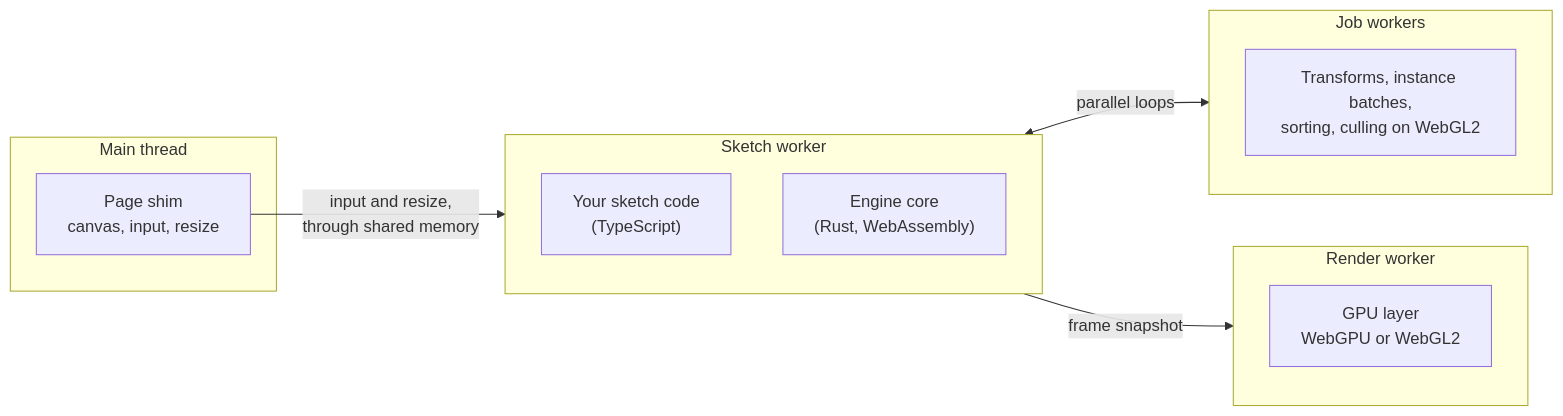
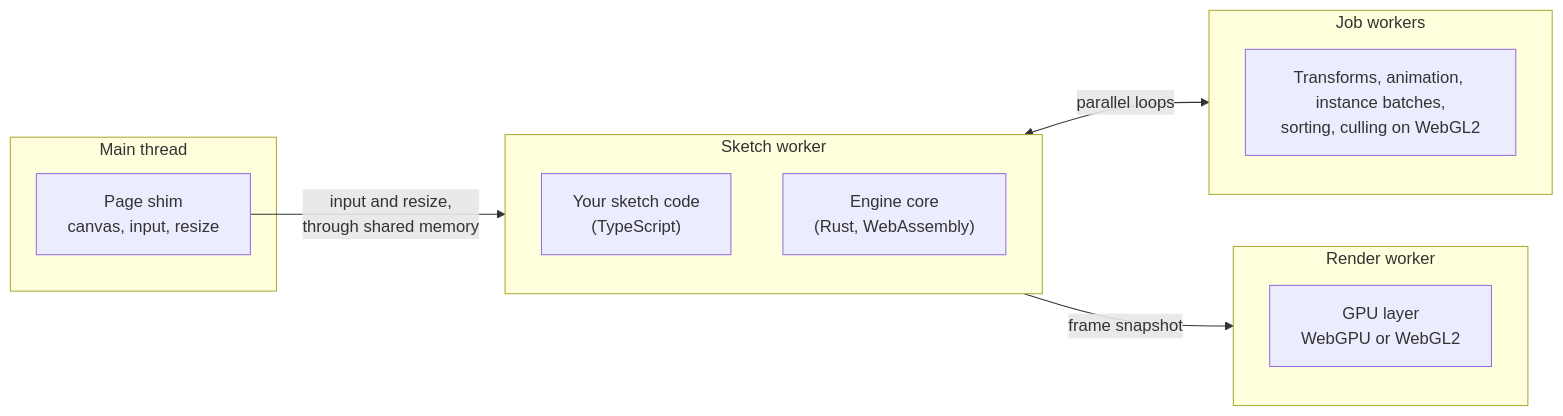
The diagram in docs/concepts/architecture.md (null3d-engine/null3d), drawn with Mermaid before and after one commit. The commit also changed other lines of this file and 16 other files, not shown here.

````diff
--- a/docs/concepts/architecture.md
+++ b/docs/concepts/architecture.md
@@ -13,19 +13,19 @@
 ```mermaid
 flowchart LR
     subgraph main["Main thread"]
         shim["Page shim<br/>canvas, input, resize"]
     end
     subgraph sketch["Sketch worker"]
         code["Your sketch code<br/>(TypeScript)"]
         core["Engine core<br/>(Rust, WebAssembly)"]
     end
     subgraph jobs["Job workers"]
-        work["Transforms, instance batches,<br/>sorting, culling on WebGL2"]
+        work["Transforms, animation, instance batches,<br/>sorting, culling on WebGL2"]
     end
     subgraph render["Render worker"]
         gpu["GPU layer<br/>WebGPU or WebGL2"]
     end
     shim -- "input and resize,<br/>through shared memory" --> sketch
     sketch <-- "parallel loops" --> jobs
     sketch -- "frame snapshot" --> render
 ```
````
